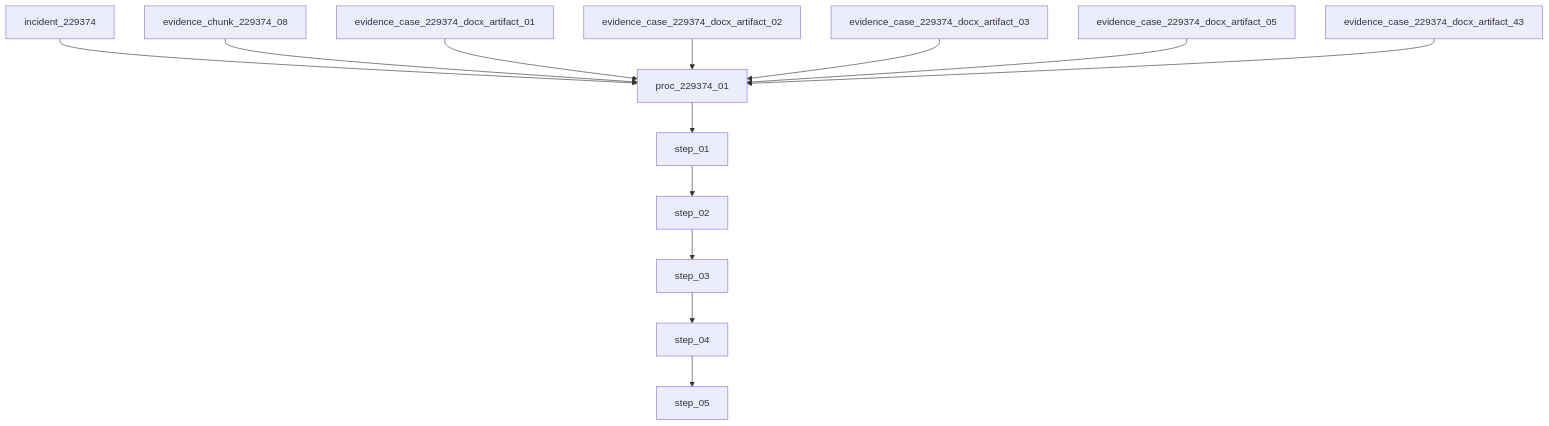
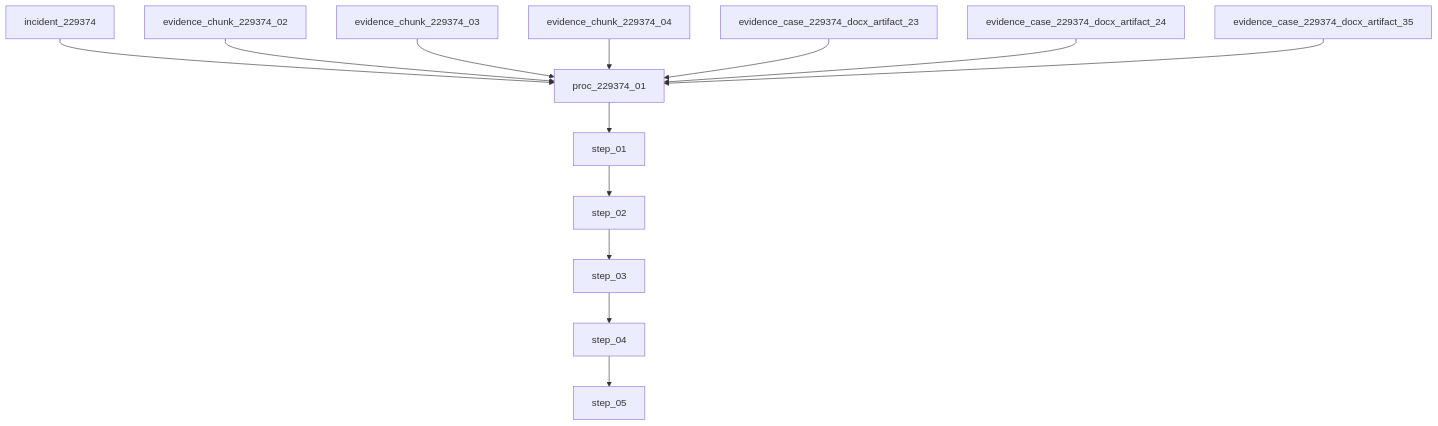
One commit to caiyawulf21/optisweepAI-phase0 changed the diagram in data/procedures/graphs/proc_229374_01.md. Above: the diagram before and after it, drawn with Mermaid. The commit also changed 896 other files, not shown here.

````diff
--- a/data/procedures/graphs/proc_229374_01.md
+++ b/data/procedures/graphs/proc_229374_01.md
@@ -3,16 +3,16 @@
 ```mermaid
 flowchart TD
   start[proc_229374_01]
   start --> step_01[step_01]
   step_01 --> step_02[step_02]
   step_02 --> step_03[step_03]
   step_03 --> step_04[step_04]
   step_04 --> step_05[step_05]
   229374[incident_229374] --> start
-  chunk_229374_08[evidence_chunk_229374_08] --> start
-  case_229374_docx_artifact_01[evidence_case_229374_docx_artifact_01] --> start
-  case_229374_docx_artifact_02[evidence_case_229374_docx_artifact_02] --> start
-  case_229374_docx_artifact_03[evidence_case_229374_docx_artifact_03] --> start
-  case_229374_docx_artifact_05[evidence_case_229374_docx_artifact_05] --> start
-  case_229374_docx_artifact_43[evidence_case_229374_docx_artifact_43] --> start
+  chunk_229374_02[evidence_chunk_229374_02] --> start
+  chunk_229374_03[evidence_chunk_229374_03] --> start
+  chunk_229374_04[evidence_chunk_229374_04] --> start
+  case_229374_docx_artifact_23[evidence_case_229374_docx_artifact_23] --> start
+  case_229374_docx_artifact_24[evidence_case_229374_docx_artifact_24] --> start
+  case_229374_docx_artifact_35[evidence_case_229374_docx_artifact_35] --> start
 ```
````
